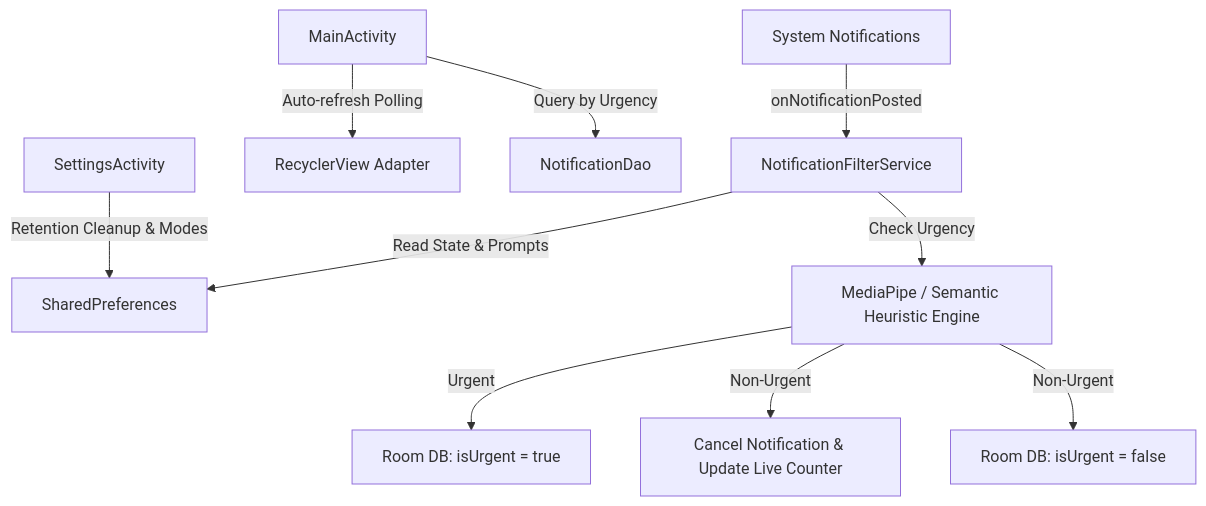
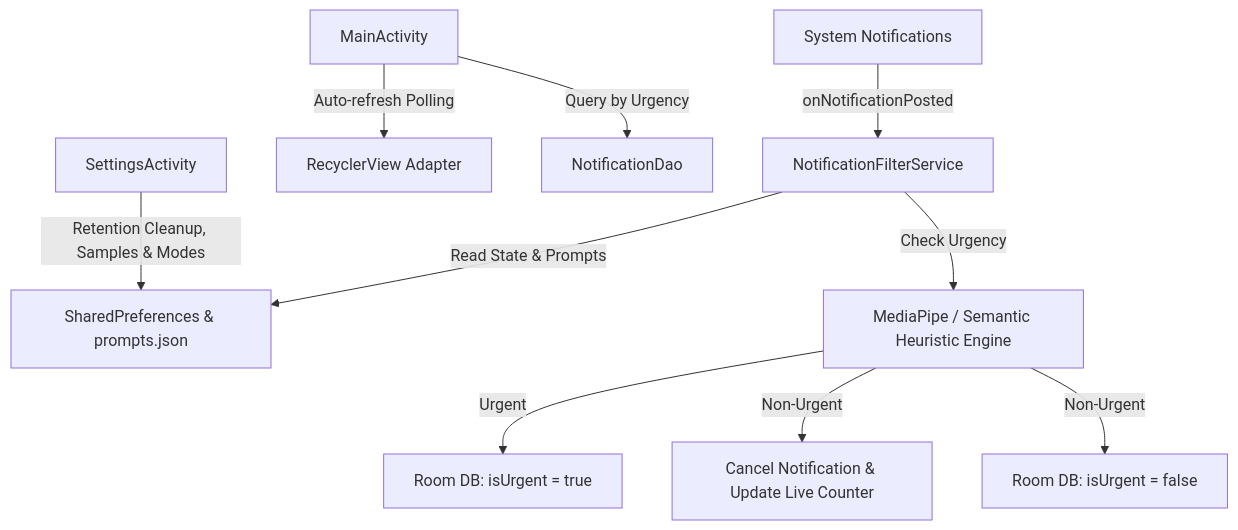
Before and after one commit to gnanaswaroop/FocusRefine: the diagram in docs/internals.md, drawn with Mermaid. The commit also changed other lines of this file and 8 other files, not shown here.

Commit message:
Add elaborative OOTB modes in prompts.json, externalized PromptManager, and inline message reclassification/selection feature in notification cards

````diff
--- a/docs/internals.md
+++ b/docs/internals.md
@@ -9,12 +9,12 @@
 ```mermaid
 graph TD
     A[System Notifications] -->|onNotificationPosted| B[NotificationFilterService]
-    B -->|Read State & Prompts| C[SharedPreferences]
+    B -->|Read State & Prompts| C[SharedPreferences & prompts.json]
     B -->|Check Urgency| D[MediaPipe / Semantic Heuristic Engine]
     D -->|Urgent| E[Room DB: isUrgent = true]
     D -->|Non-Urgent| F[Cancel Notification & Update Live Counter]
     D -->|Non-Urgent| G[Room DB: isUrgent = false]
     H[MainActivity] -->|Auto-refresh Polling| I[RecyclerView Adapter]
     H -->|Query by Urgency| J[NotificationDao]
-    K[SettingsActivity] -->|Retention Cleanup & Modes| C
+    K[SettingsActivity] -->|Retention Cleanup, Samples & Modes| C
 ```
````
